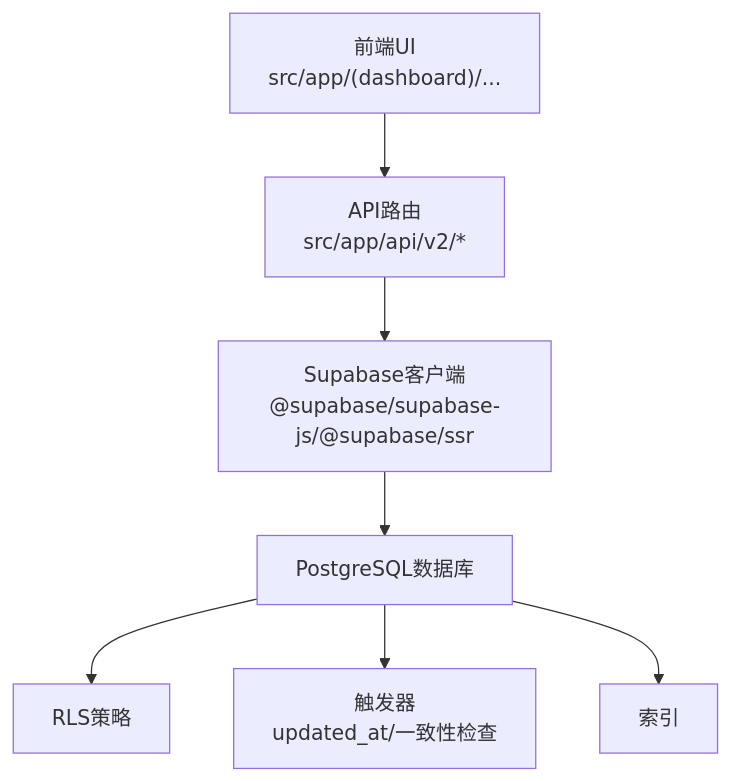
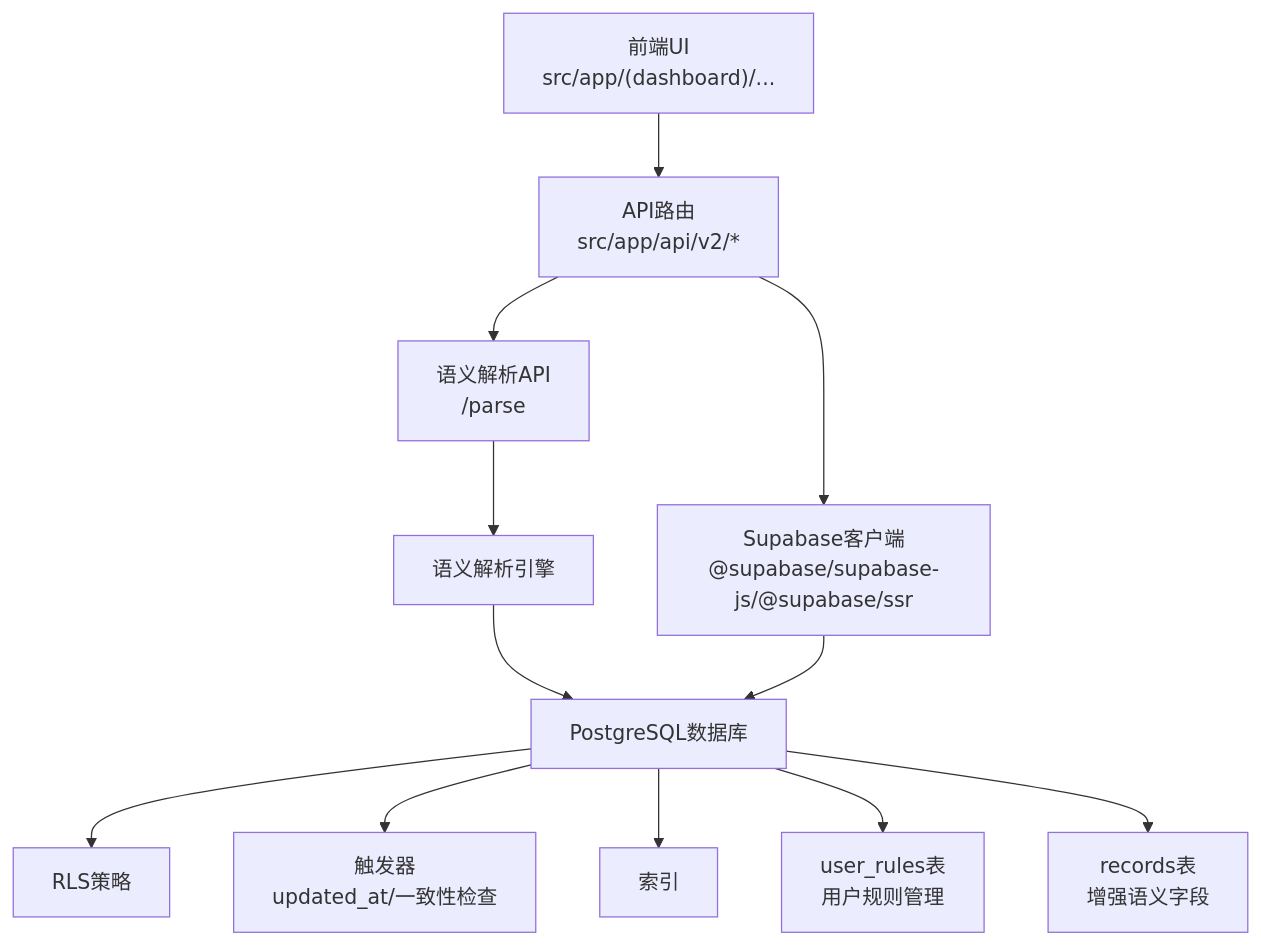
Before and after one commit to bbong1234/TETO: the second of 7 diagrams in .qoder/repowiki/zh/content/系统架构/数据库架构.md, drawn with Mermaid. The commit also changed other lines of this file and 10 other files, not shown here.

````diff
--- a/.qoder/repowiki/zh/content/系统架构/数据库架构.md
+++ b/.qoder/repowiki/zh/content/系统架构/数据库架构.md
@@ -127,9 +166,14 @@
 ```mermaid
 graph TB
 UI["前端UI<br/>src/app/(dashboard)/..."] --> API["API路由<br/>src/app/api/v2/*"]
+API --> PARSE["语义解析API<br/>/parse"]
+PARSE --> SEMANTIC["语义解析引擎"]
+SEMANTIC --> DB["PostgreSQL数据库"]
 API --> SUPA["Supabase客户端<br/>@supabase/supabase-js/@supabase/ssr"]
-SUPA --> DB["PostgreSQL数据库"]
+SUPA --> DB
 DB --> RLS["RLS策略"]
 DB --> TRIG["触发器<br/>updated_at/一致性检查"]
 DB --> IDX["索引"]
+DB --> USER_RULES["user_rules表<br/>用户规则管理"]
+DB --> RECORDS["records表<br/>增强语义字段"]
 ```
````
